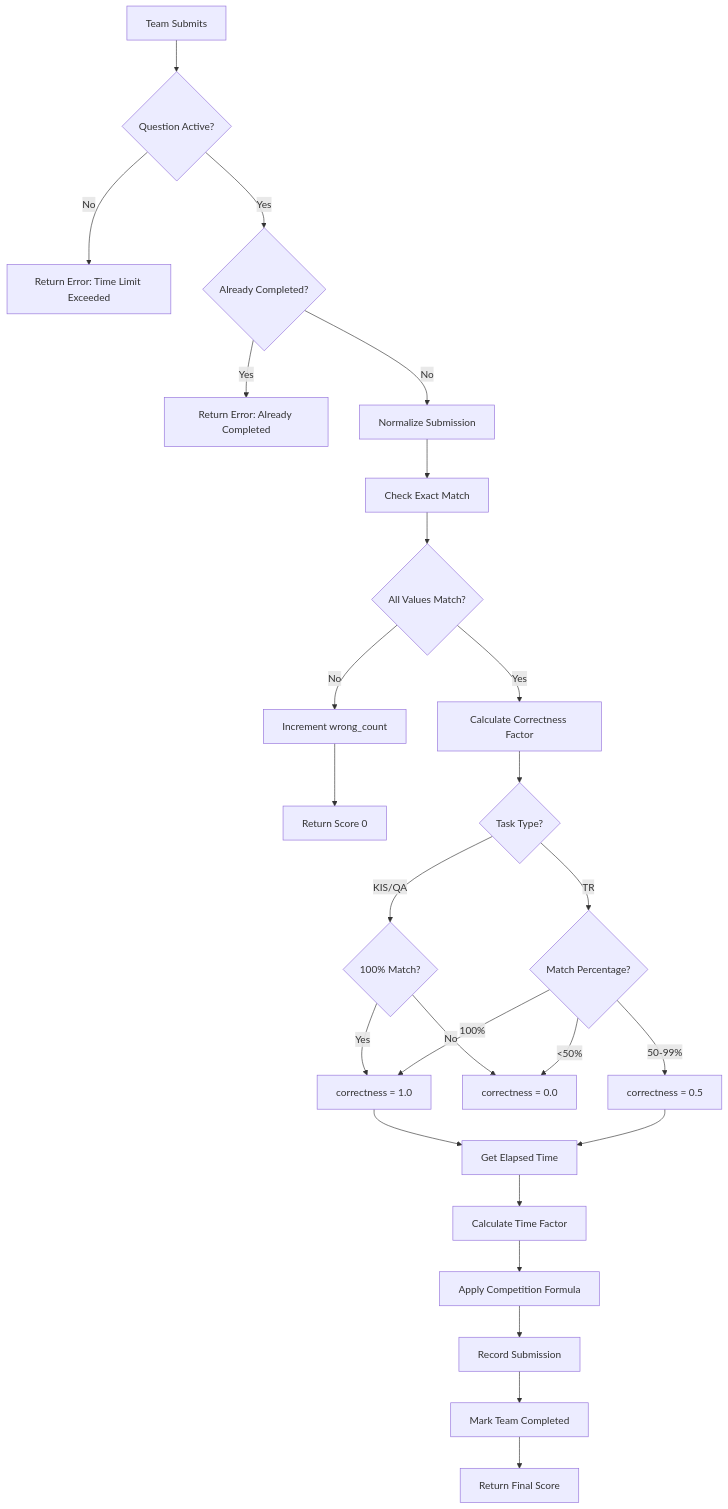
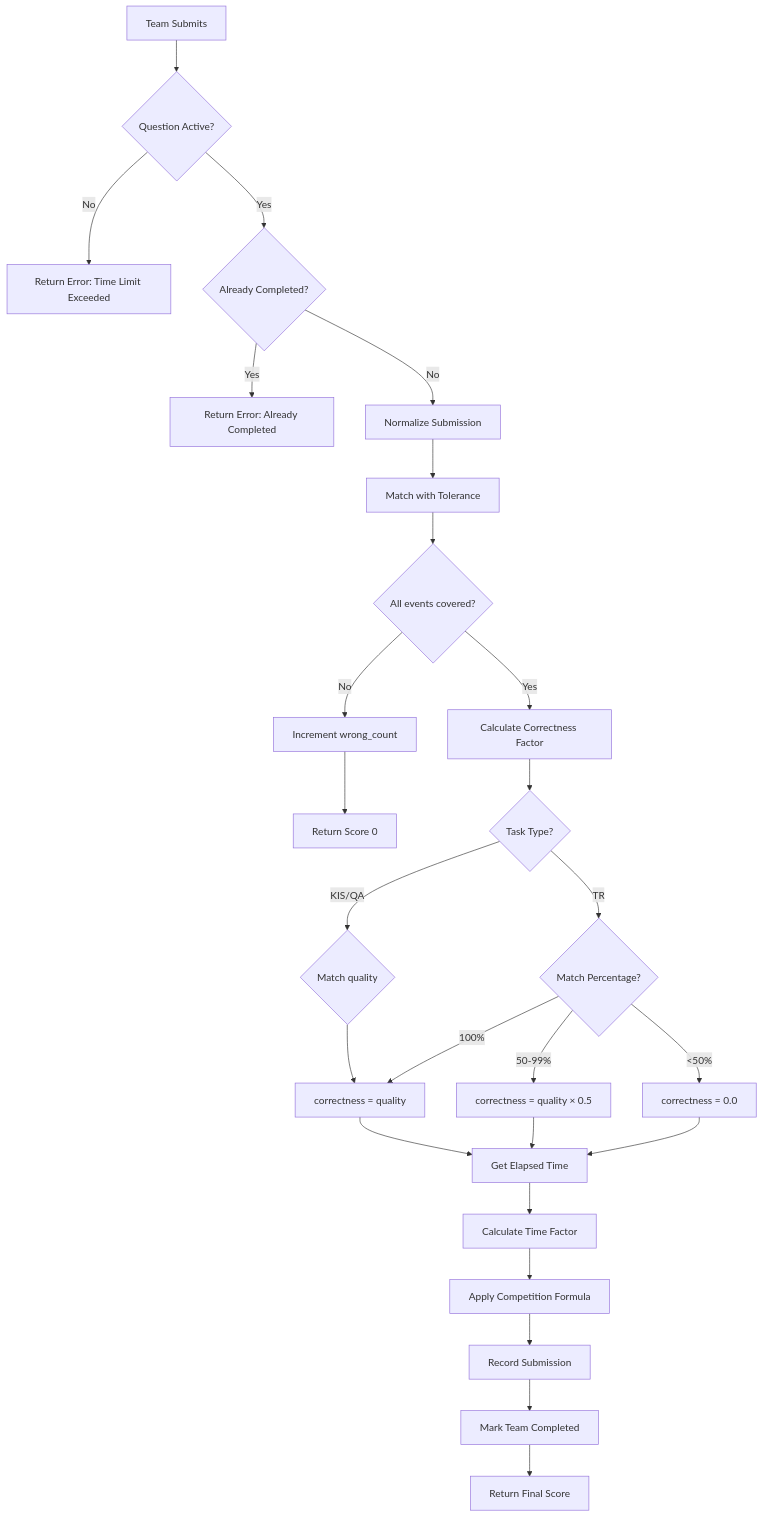
One commit to finalFlash159/mock-server-scoring-api-for-AIC-VBS changed the diagram in docs/scoring-logic.md. Above: the diagram before and after it, drawn with Mermaid. The commit also changed other lines of this file and 25 other files, not shown here.

````diff
--- a/docs/scoring-logic.md
+++ b/docs/scoring-logic.md
@@ -57,28 +57,28 @@
 ```mermaid
 flowchart TD
     A[Team Submits] --> B{Question Active?}
     B -->|No| C[Return Error: Time Limit Exceeded]
     B -->|Yes| D{Already Completed?}
     D -->|Yes| E[Return Error: Already Completed]
     D -->|No| F[Normalize Submission]
-    F --> G[Check Exact Match]
-    G --> H{All Values Match?}
+    F --> G[Match with Tolerance]
+    G --> H{All events covered?}
     H -->|No| I[Increment wrong_count]
     I --> J[Return Score 0]
     H -->|Yes| K[Calculate Correctness Factor]
     K --> L{Task Type?}
-    L -->|KIS/QA| M{100% Match?}
+    L -->|KIS/QA| M{Match quality}
     L -->|TR| N{Match Percentage?}
-    M -->|Yes| O[correctness = 1.0]
-    M -->|No| P[correctness = 0.0]
+    M --> O[correctness = quality]
     N -->|100%| O
-    N -->|50-99%| Q[correctness = 0.5]
-    N -->|<50%| P
+    N -->|50-99%| Q[correctness = quality × 0.5]
+    N -->|<50%| P[correctness = 0.0]
+    P --> R
     O --> R[Get Elapsed Time]
     Q --> R
     R --> S[Calculate Time Factor]
     S --> T[Apply Competition Formula]
     T --> U[Record Submission]
     U --> V[Mark Team Completed]
     V --> W[Return Final Score]
 ```
````
